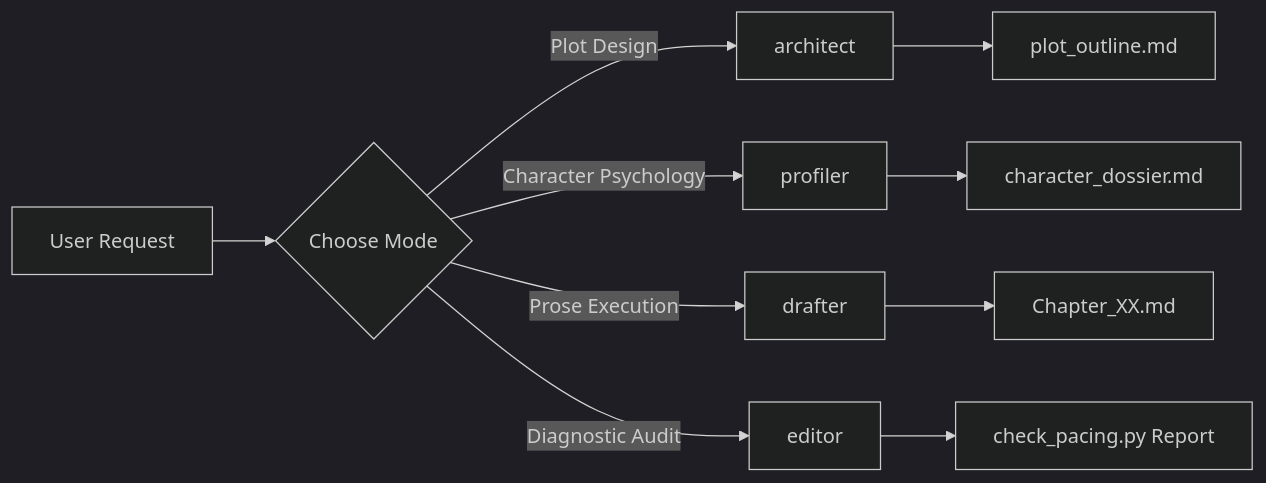
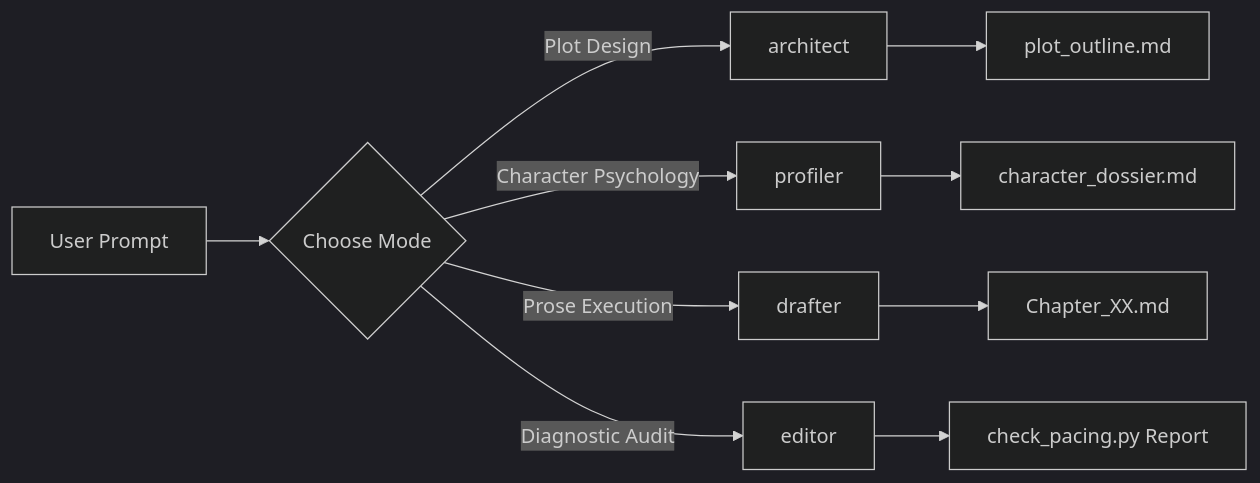
The diagram in README.md (Rangga11268/novel-writing-craft-skill), drawn with Mermaid (dark theme) before and after one commit. The commit also changed other lines of this file and 1 other file, not shown here.

````diff
--- a/README.md
+++ b/README.md
@@ -74,13 +108,13 @@
 ```mermaid
 flowchart LR
-    A[User Request] --> B{Choose Mode}
+    A[User Prompt] --> B{Choose Mode}
     B -->|Plot Design| C[architect]
     B -->|Character Psychology| D[profiler]
     B -->|Prose Execution| E[drafter]
     B -->|Diagnostic Audit| F[editor]
 
     C --> G[plot_outline.md]
     D --> H[character_dossier.md]
     E --> I[Chapter_XX.md]
     F --> J[check_pacing.py Report]
 ```
````
